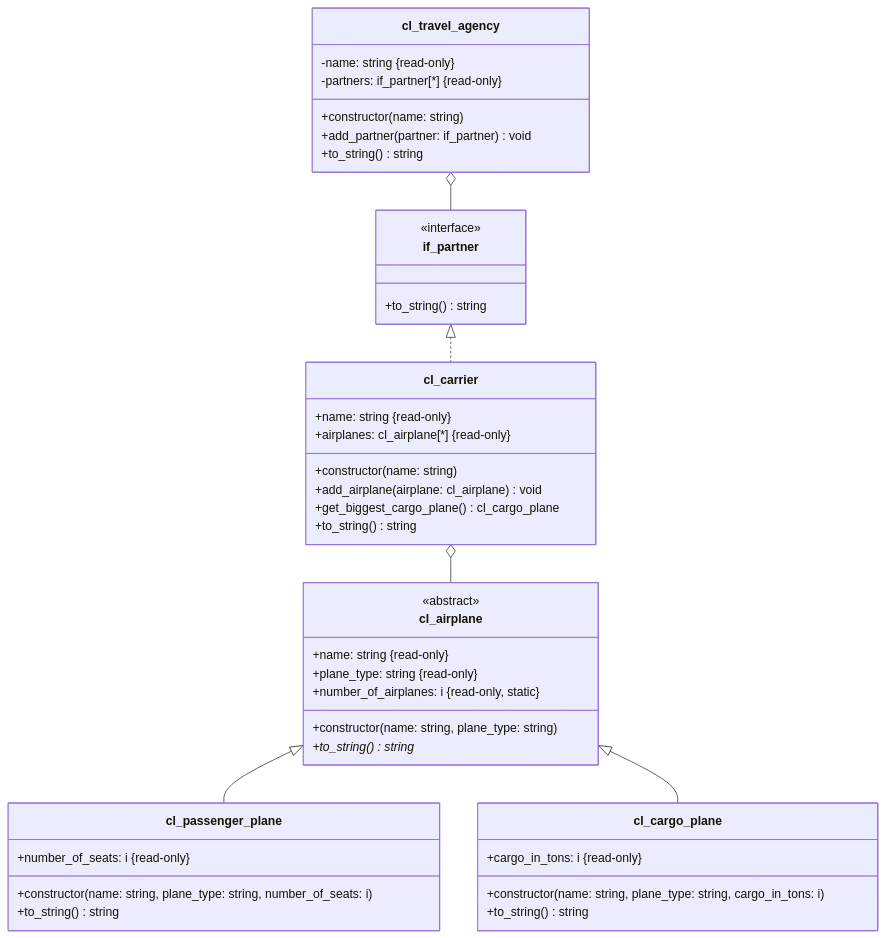
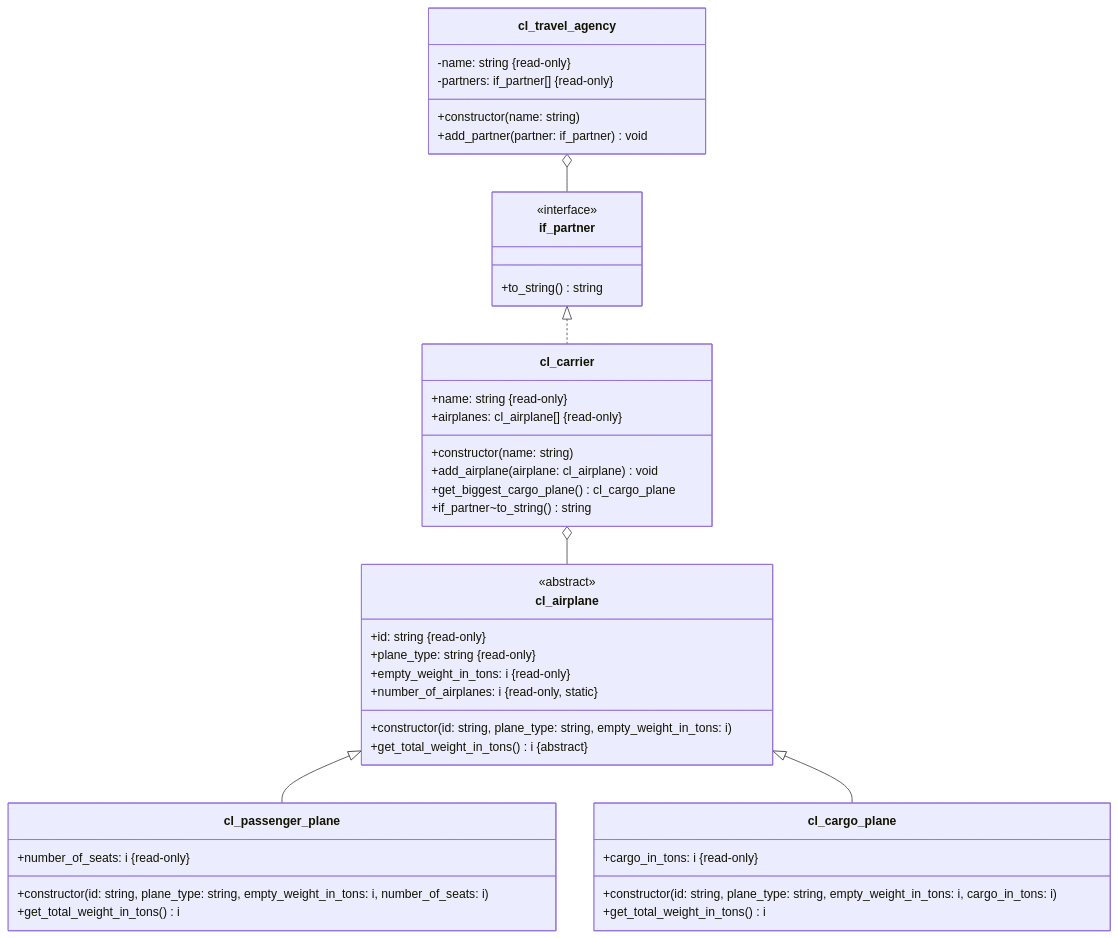
The diagram in docs/exercises/abap-objects/abap-objects-09.md (appenmaier/s4hana), drawn with Mermaid before and after one commit. The commit also changed other lines of this file and 15 other files, not shown here.

````diff
--- a/docs/exercises/abap-objects/abap-objects-09.md
+++ b/docs/exercises/abap-objects/abap-objects-09.md
@@ -21,51 +21,51 @@
 ```mermaid
 classDiagram
-    cl_carrier o-- cl_airplane
-    cl_airplane <|-- cl_passenger_plane
-    cl_airplane <|-- cl_cargo_plane
-    if_partner <|.. cl_carrier
-    cl_travel_agency o-- if_partner
+   cl_carrier o-- cl_airplane
+   cl_airplane <|-- cl_passenger_plane
+   cl_airplane <|-- cl_cargo_plane
+   if_partner <|.. cl_carrier
+   cl_travel_agency o-- if_partner
 
-    class cl_airplane {
+   class cl_airplane {
       <<abstract>>
+      +id: string &#123read-only&#125
+      +plane_type: string &#123read-only&#125
+      +empty_weight_in_tons: i &#123read-only&#125
+      +number_of_airplanes: i &#123read-only, static&#125
+      +constructor(id: string, plane_type: string, empty_weight_in_tons: i)
+      +get_total_weight_in_tons() i &#123abstract&#125
+   }
+
+   class cl_passenger_plane {
+      +number_of_seats: i &#123read-only&#125
+      +constructor(id: string, plane_type: string, empty_weight_in_tons: i, number_of_seats: i)
+      +get_total_weight_in_tons() i
+   }
+
+   class cl_cargo_plane {
+      +cargo_in_tons: i &#123read-only&#125
+      +constructor(id: string, plane_type: string, empty_weight_in_tons: i, cargo_in_tons: i)
+      +get_total_weight_in_tons() i
+   }
+
+   class cl_carrier {
       +name: string &#123read-only&#125
-      +plane_type: string &#123read-only&#125
-      +number_of_airplanes: i &#123read-only, static&#125
-      +constructor(name: string, plane_type: string)
-      +to_string()* string
-    }
-
-    class cl_passenger_plane {
-      +number_of_seats: i &#123read-only&#125
-      +constructor(name: string, plane_type: string, number_of_seats: i)
-      +to_string() string
-    }
-
-    class cl_cargo_plane {
-      +cargo_in_tons: i &#123read-only&#125
-      +constructor(name: string, plane_type: string, cargo_in_tons: i)
-      +to_string() string
-    }
-
-    class cl_carrier {
-      +name: string &#123read-only&#125
-      +airplanes: cl_airplane[*] &#123read-only&#125
+      +airplanes: cl_airplane[] &#123read-only&#125
       +constructor(name: string)
       +add_airplane(airplane: cl_airplane) void
       +get_biggest_cargo_plane() cl_cargo_plane
-      +to_string() string
-    }
+      +if_partner~to_string() string
+   }
 
-    class if_partner {
+   class if_partner {
       <<interface>>
       +to_string() string
-    }
+   }
 
-    class cl_travel_agency {
+   class cl_travel_agency {
       -name: string &#123read-only&#125
-      -partners: if_partner[*] &#123read-only&#125
+      -partners: if_partner[] &#123read-only&#125
       +constructor(name: string)
       +add_partner(partner: if_partner) void
-      +to_string() string
-    }
+   }
 ```
````
